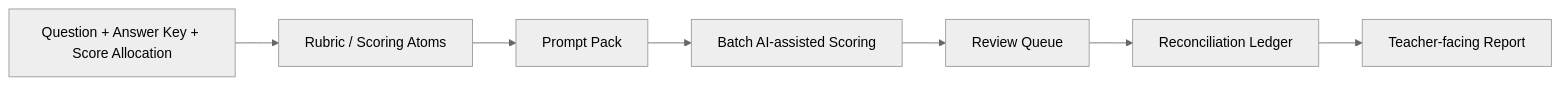
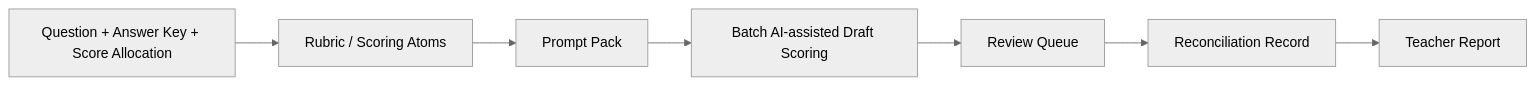
Before and after one commit to zonywei/Yuejuan-marking-workflow-skill: the second of 2 diagrams in README.md, drawn with Mermaid (neutral theme). The commit also changed other lines of this file and 1 other file, not shown here.

````diff
--- a/README.md
+++ b/README.md
@@ -27,9 +382,9 @@
 ```mermaid
 flowchart LR
     A[Question + Answer Key + Score Allocation] --> B[Rubric / Scoring Atoms]
     B --> C[Prompt Pack]
-    C --> D[Batch AI-assisted Scoring]
+    C --> D[Batch AI-assisted Draft Scoring]
     D --> E[Review Queue]
-    E --> F[Reconciliation Ledger]
-    F --> G[Teacher-facing Report]
+    E --> F[Reconciliation Record]
+    F --> G[Teacher Report]
 ```
````
